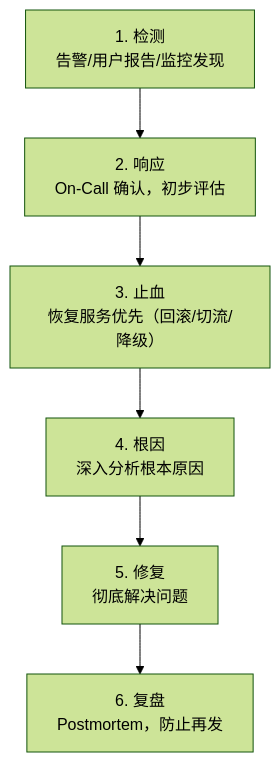
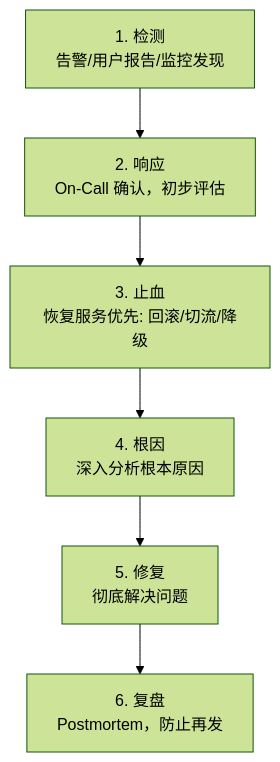
The first of 2 diagrams in content/articles/leadership/mgr-06-故障应急与OnCall管理.md (jpixy/jpixy.github.io), drawn with Mermaid (forest theme) before and after one commit. The commit also changed 66 other files, not shown here.

Commit message:
fix: resolve Mermaid syntax errors by removing parentheses in node labels

````diff
--- a/content/articles/leadership/mgr-06-故障应急与OnCall管理.md
+++ b/content/articles/leadership/mgr-06-故障应急与OnCall管理.md
@@ -85,8 +85,8 @@
 ```mermaid
 graph TB
     A["1. 检测<br/>告警/用户报告/监控发现"] --> B["2. 响应<br/>On-Call 确认，初步评估"]
-    B --> C["3. 止血<br/>恢复服务优先（回滚/切流/降级）"]
+    B --> C["3. 止血<br/>恢复服务优先: 回滚/切流/降级"]
     C --> D["4. 根因<br/>深入分析根本原因"]
     D --> E["5. 修复<br/>彻底解决问题"]
     E --> F["6. 复盘<br/>Postmortem，防止再发"]
 ```
````
